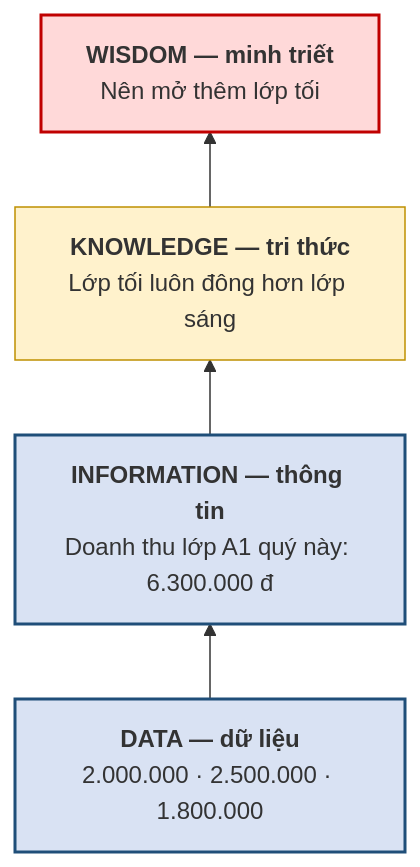
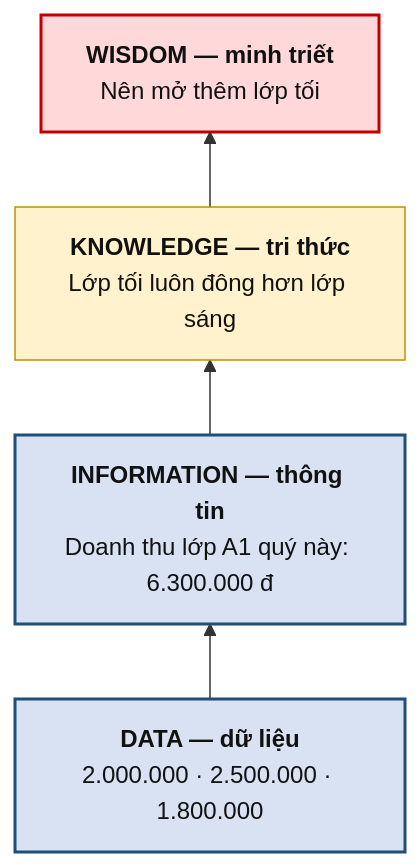
Before and after one commit to CuongNguyenDAU/csdl-dbs201: the diagram in docs/chuong-1/1-1-du-lieu-thong-tin-va-co-so-du-lieu.md, drawn with Mermaid. The commit also changed other lines of this file and 123 other files, not shown here.

Commit message:
Cập nhật bài giảng v7: sơ đồ ER ký pháp Chen, hình minh họa tự vẽ, mở rộng toàn diện Chương 5 và bổ sung lời giải A4, B5

````diff
--- a/docs/chuong-1/1-1-du-lieu-thong-tin-va-co-so-du-lieu.md
+++ b/docs/chuong-1/1-1-du-lieu-thong-tin-va-co-so-du-lieu.md
@@ -56,12 +56,12 @@
 ```mermaid
 flowchart BT
     W["<b>WISDOM — minh triết</b><br/>Nên mở thêm lớp tối"]
     K["<b>KNOWLEDGE — tri thức</b><br/>Lớp tối luôn đông hơn lớp sáng"]
     I["<b>INFORMATION — thông tin</b><br/>Doanh thu lớp A1 quý này: 6.300.000 đ"]
     D["<b>DATA — dữ liệu</b><br/>2.000.000 · 2.500.000 · 1.800.000"]
     D --> I --> K --> W
-    style D fill:#D9E2F3,stroke:#1F4E79,stroke-width:2px
-    style I fill:#D9E2F3,stroke:#1F4E79,stroke-width:2px
-    style K fill:#FFF2CC,stroke:#BF9000
-    style W fill:#FFD9D9,stroke:#C00000,stroke-width:2px
+    style D fill:#D9E2F3,stroke:#1F4E79,stroke-width:2px,color:#111111
+    style I fill:#D9E2F3,stroke:#1F4E79,stroke-width:2px,color:#111111
+    style K fill:#FFF2CC,stroke:#BF9000,color:#111111
+    style W fill:#FFD9D9,stroke:#C00000,stroke-width:2px,color:#111111
 ```
````
